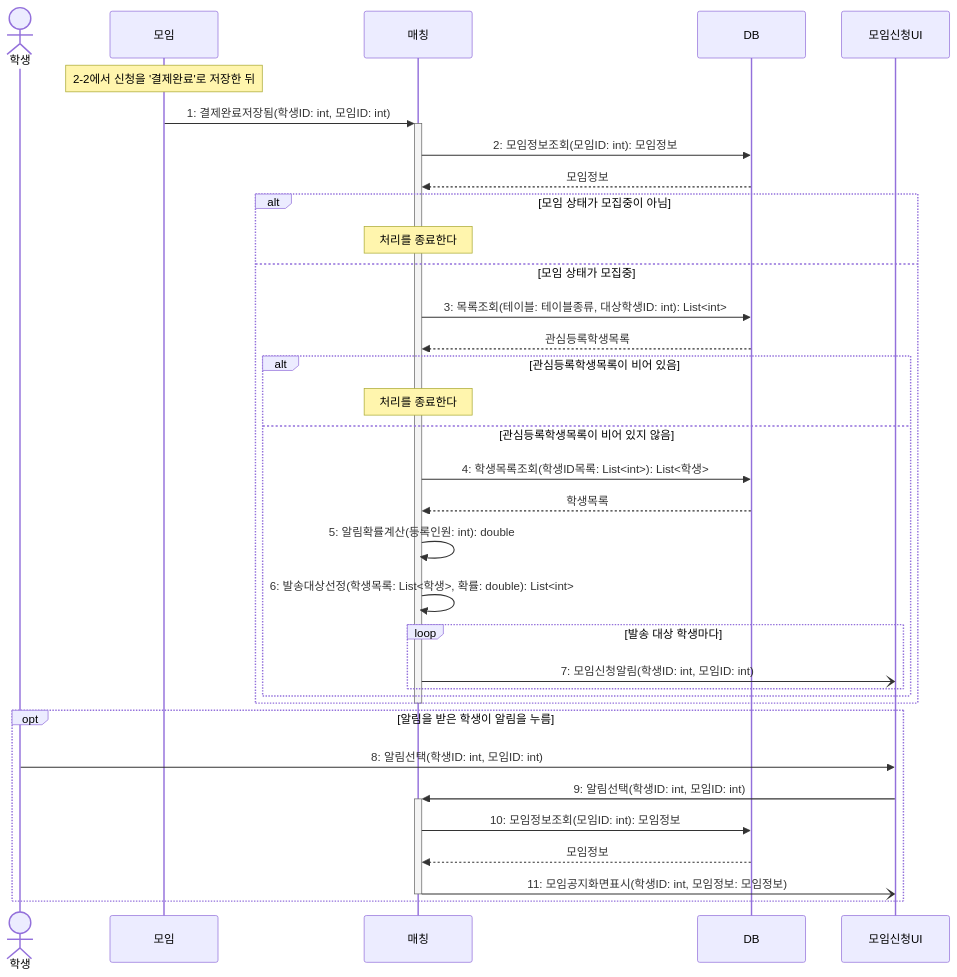
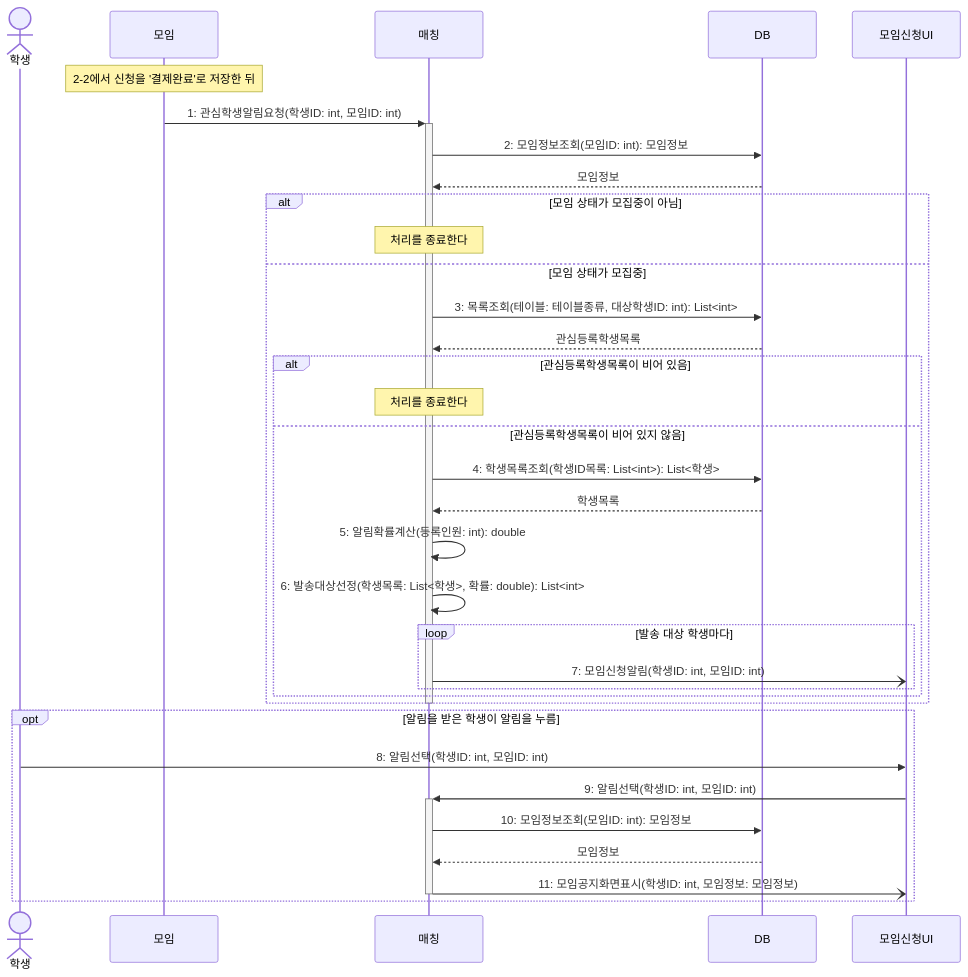
One commit to hojae3/sw-engineering-16 changed the first of 2 diagrams in class-diagram/present-03.md. Above: the diagram before and after it, drawn with Mermaid. The commit also changed other lines of this file, not shown here.

````diff
--- a/class-diagram/present-03.md
+++ b/class-diagram/present-03.md
@@ -7,41 +7,41 @@
 ```mermaid
 sequenceDiagram
     actor 학생
     participant 모임 as 모임
     participant 매칭 as 매칭
     participant DB as DB
     participant 화면 as 모임신청UI
 
     Note over 모임: 2-2에서 신청을 '결제완료'로 저장한 뒤
-    모임->>+매칭: 1: 결제완료저장됨(학생ID: int, 모임ID: int)
+    모임->>+매칭: 1: 관심학생알림요청(학생ID: int, 모임ID: int)
     매칭->>DB: 2: 모임정보조회(모임ID: int): 모임정보
     DB-->>매칭: 모임정보
 
     alt 모임 상태가 모집중이 아님
         Note over 매칭: 처리를 종료한다
     else 모임 상태가 모집중
         매칭->>DB: 3: 목록조회(테이블: 테이블종류, 대상학생ID: int): List<int>
         DB-->>매칭: 관심등록학생목록
         alt 관심등록학생목록이 비어 있음
             Note over 매칭: 처리를 종료한다
         else 관심등록학생목록이 비어 있지 않음
             매칭->>DB: 4: 학생목록조회(학생ID목록: List<int>): List<학생>
             DB-->>매칭: 학생목록
             매칭->>매칭: 5: 알림확률계산(등록인원: int): double
             매칭->>매칭: 6: 발송대상선정(학생목록: List<학생>, 확률: double): List<int>
             loop 발송 대상 학생마다
                 매칭-)화면: 7: 모임신청알림(학생ID: int, 모임ID: int)
             end
         end
     end
     deactivate 매칭
 
     opt 알림을 받은 학생이 알림을 누름
         학생->>화면: 8: 알림선택(학생ID: int, 모임ID: int)
         화면->>+매칭: 9: 알림선택(학생ID: int, 모임ID: int)
         매칭->>DB: 10: 모임정보조회(모임ID: int): 모임정보
         DB-->>매칭: 모임정보
         매칭-)화면: 11: 모임공지화면표시(학생ID: int, 모임정보: 모임정보)
         deactivate 매칭
     end
 ```
````
